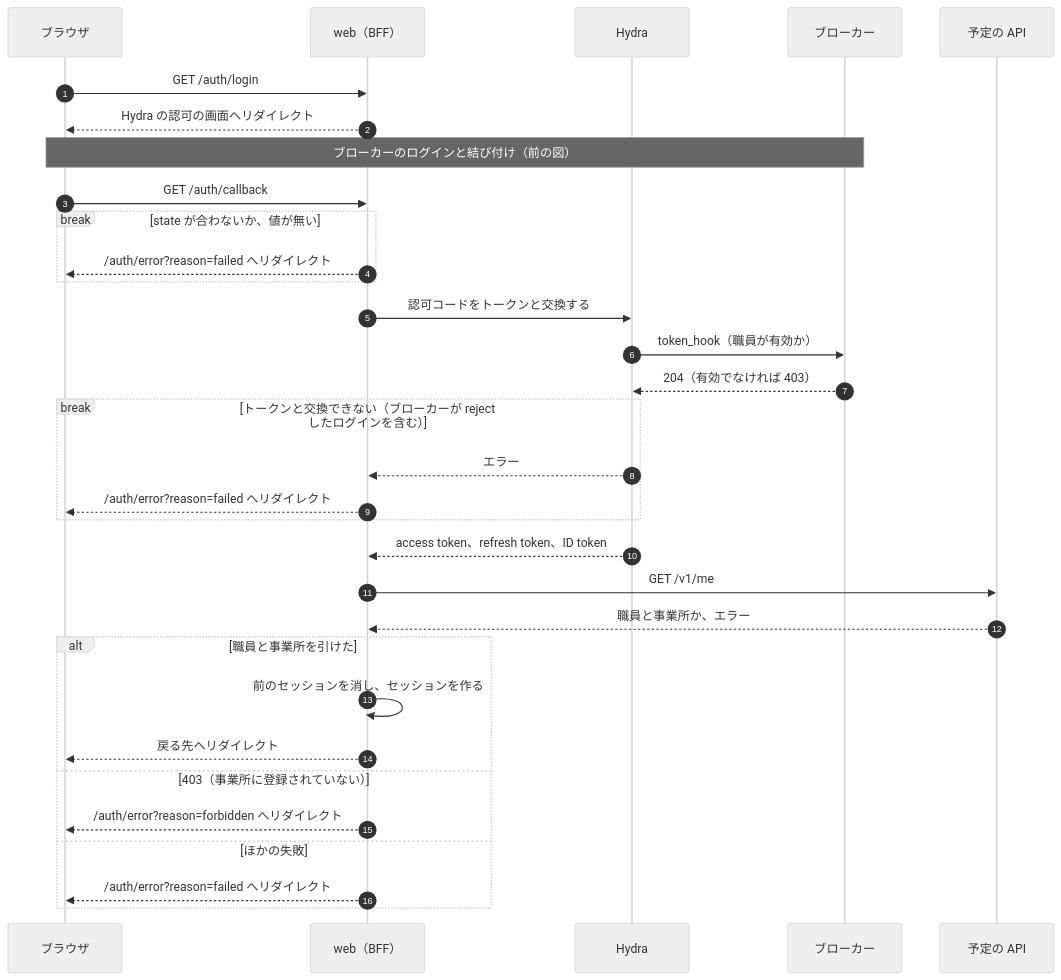
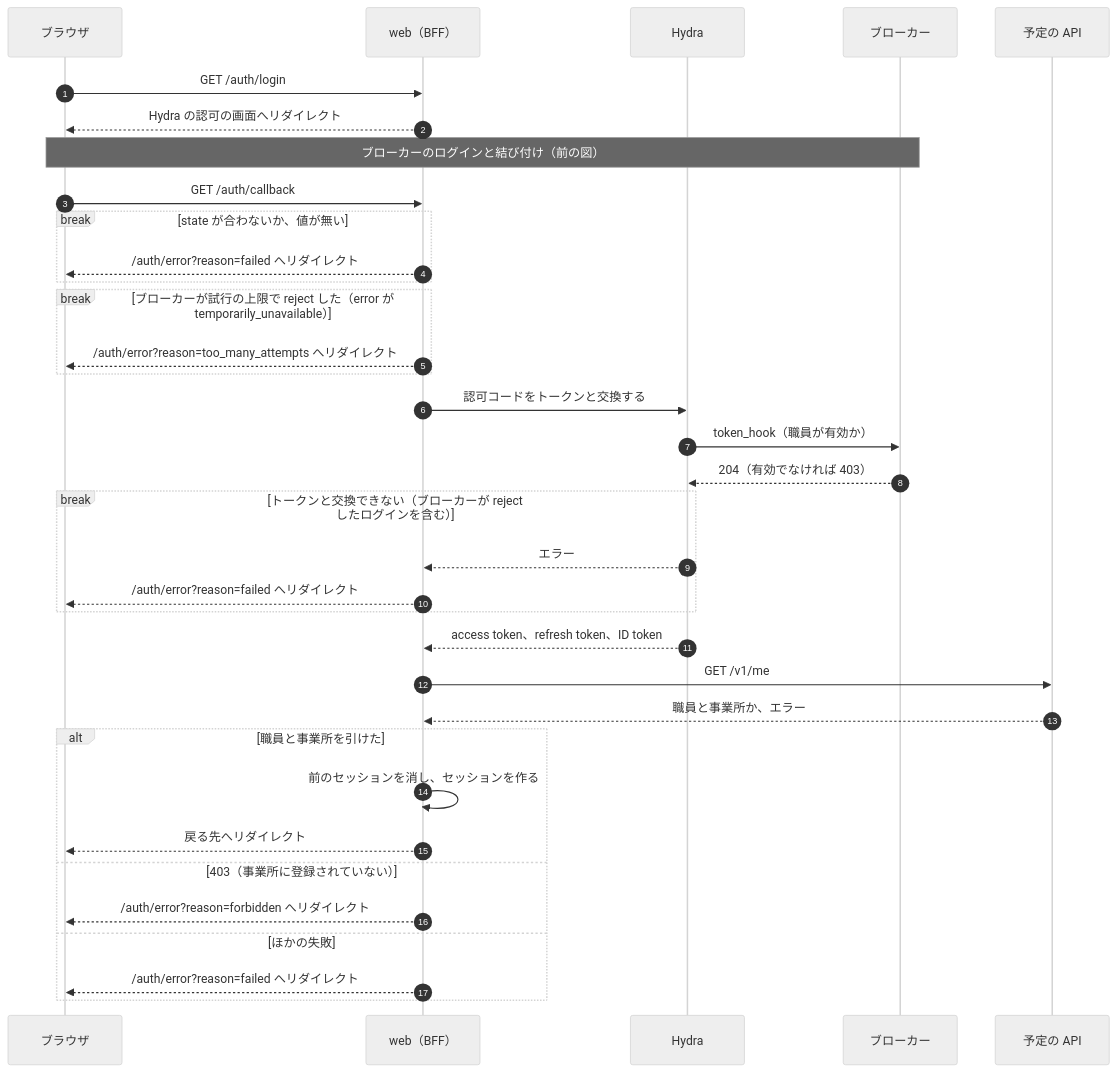
Before and after one commit to Fukuemon/buddy: the fourth of 8 diagrams in services/broker/DesignDoc.md, drawn with Mermaid (neutral theme). The commit also changed other lines of this file and 12 other files, not shown here.

````diff
--- a/services/broker/DesignDoc.md
+++ b/services/broker/DesignDoc.md
@@ -150,34 +150,37 @@
 ```mermaid
 sequenceDiagram
   autonumber
   participant B as ブラウザ
   participant W as web（BFF）
   participant H as Hydra
   participant K as ブローカー
   participant A as 予定の API
   B->>W: GET /auth/login
   W-->>B: Hydra の認可の画面へリダイレクト
   Note over B,K: ブローカーのログインと結び付け（前の図）
   B->>W: GET /auth/callback
   break state が合わないか、値が無い
     W-->>B: /auth/error?reason=failed へリダイレクト
+  end
+  break ブローカーが試行の上限で reject した（error が temporarily_unavailable）
+    W-->>B: /auth/error?reason=too_many_attempts へリダイレクト
   end
   W->>H: 認可コードをトークンと交換する
   H->>K: token_hook（職員が有効か）
   K-->>H: 204（有効でなければ 403）
   break トークンと交換できない（ブローカーが reject したログインを含む）
     H-->>W: エラー
     W-->>B: /auth/error?reason=failed へリダイレクト
   end
   H-->>W: access token、refresh token、ID token
   W->>A: GET /v1/me
   A-->>W: 職員と事業所か、エラー
   alt 職員と事業所を引けた
     W->>W: 前のセッションを消し、セッションを作る
     W-->>B: 戻る先へリダイレクト
   else 403（事業所に登録されていない）
     W-->>B: /auth/error?reason=forbidden へリダイレクト
   else ほかの失敗
     W-->>B: /auth/error?reason=failed へリダイレクト
   end
 ```
````
